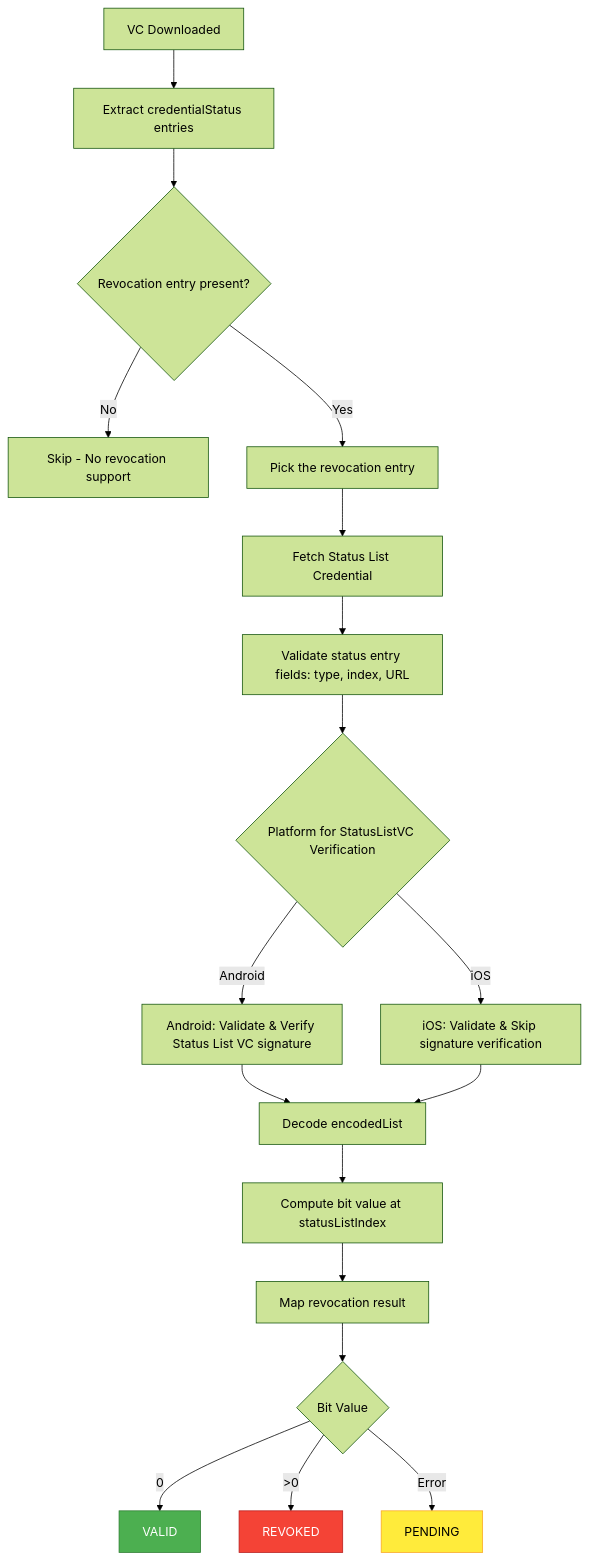
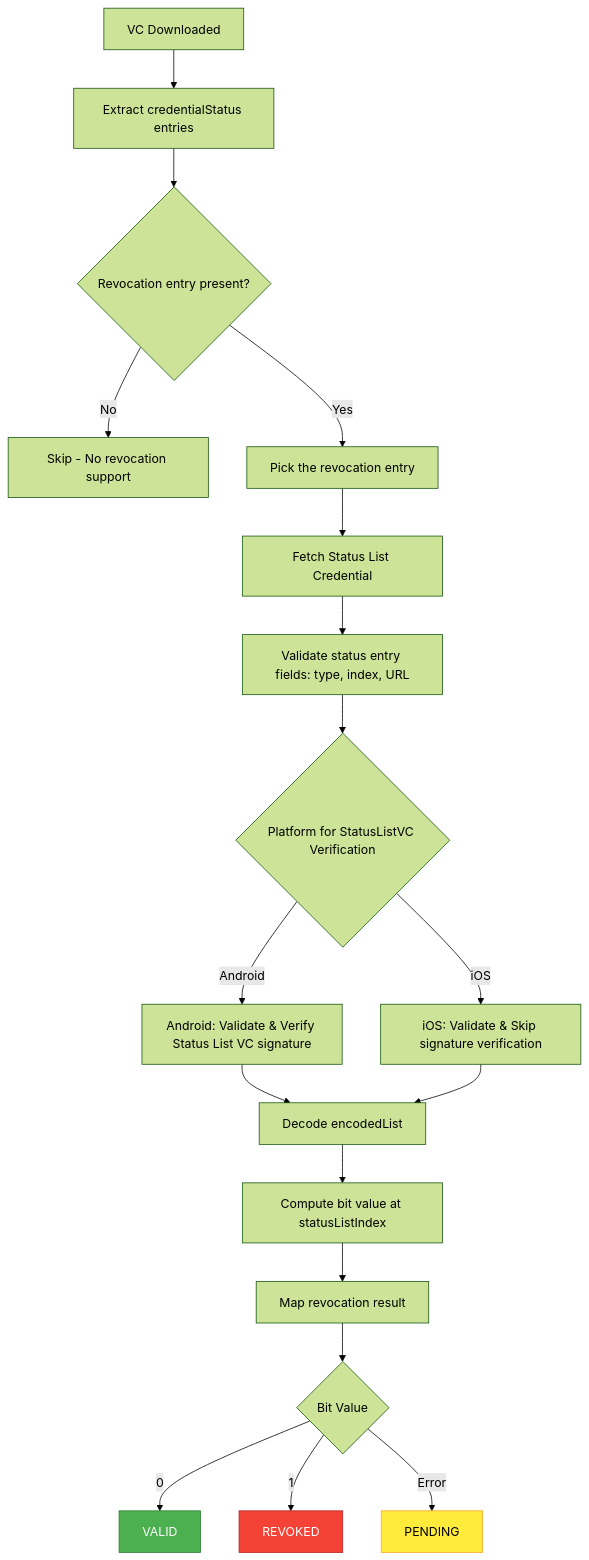
Before and after one commit to RutvikUnjiya142/inji-wallet: the diagram in docs/revocation-support.md, drawn with Mermaid (forest theme). The commit also changed other lines of this file and 1 other file, not shown here.

````diff
--- a/docs/revocation-support.md
+++ b/docs/revocation-support.md
@@ -11,41 +13,41 @@
 ```mermaid
     flowchart TD
 
     A[VC Downloaded] --> B[Extract credentialStatus entries]
 
     B --> C{Revocation entry present?}
 
     C -->|No| Z1[Skip - No revocation support]
     C -->|Yes| D[Pick the revocation entry]
 
     D --> E[Fetch Status List Credential]
 
     E --> F[Validate status entry fields: type, index, URL]
 
     F --> G{Platform for StatusListVC Verification}
 
     G -->|Android| H1[Android: Validate & Verify Status List VC signature]
     G -->|iOS| H2[iOS: Validate & Skip signature verification]
 
     %% MERGE BACK
     H1 --> I[Decode encodedList]
     H2 --> I
 
     I --> J[Compute bit value at statusListIndex]
 
     J --> K[Map revocation result]
 
     K --> L{Bit Value}
 
     L -->|0| R1[VALID]
-    L -->|>0| R2[REVOKED]
+    L -->|1| R2[REVOKED]
     L -->|Error| R3[PENDING]
 
 
     %% COLORS
     style R1 fill:#4CAF50,stroke:#2E7D32,color:#fff
     style R2 fill:#F44336,stroke:#B71C1C,color:#fff
     style R3 fill:#FFEB3B,stroke:#F9A825,color:#000
 
 
 ```
````
